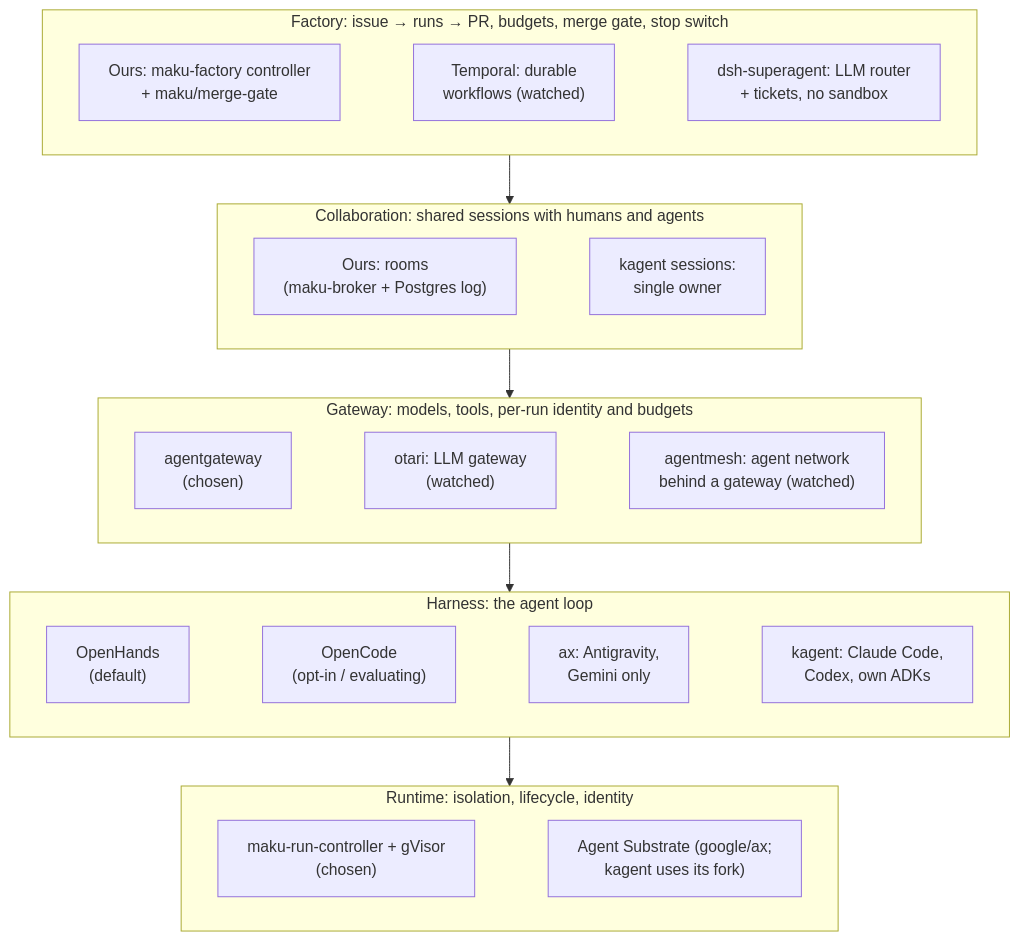
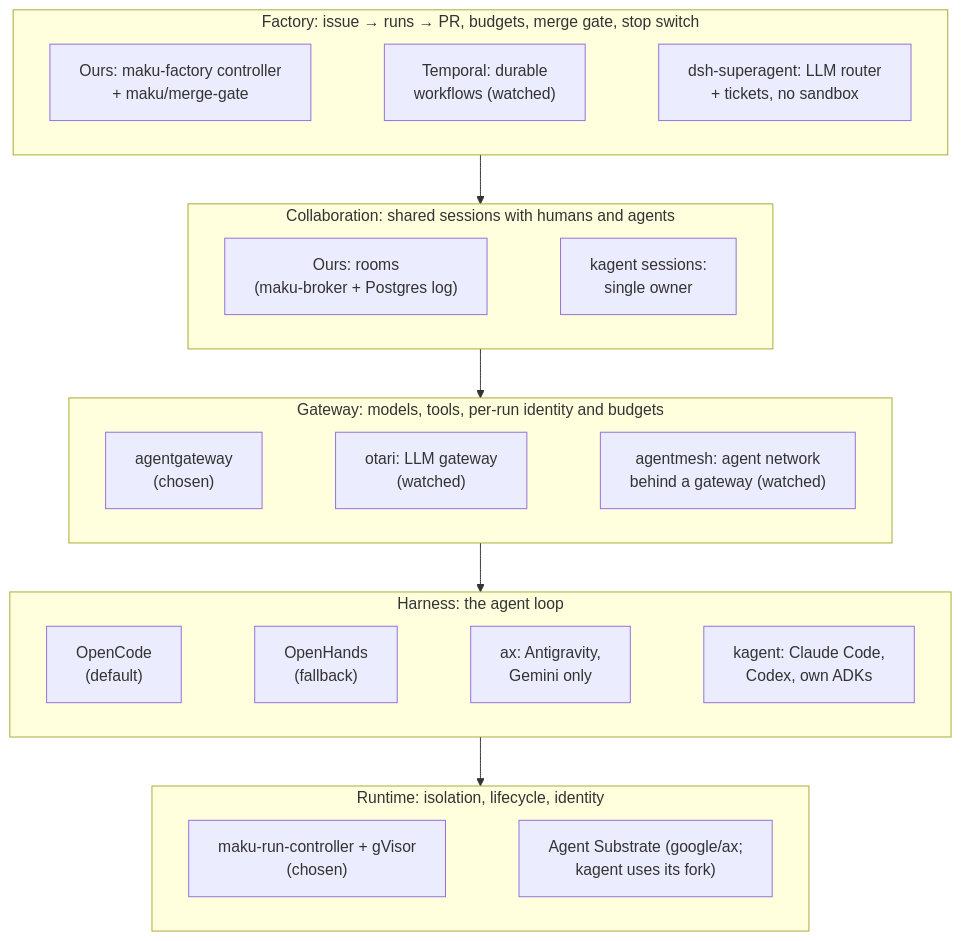
One commit to Smana/maku changed the diagram in website/content/docs/concepts/alternatives.md. Above: the diagram before and after it, drawn with Mermaid. The commit also changed other lines of this file and 9 other files, not shown here.

Commit message:
docs(website): sync ai-native-ref #658 updates (OpenCode default, Gemini, sidecars, egress window)

````diff
--- a/website/content/docs/concepts/alternatives.md
+++ b/website/content/docs/concepts/alternatives.md
@@ -33,25 +33,25 @@
 ```mermaid
 %%{init: {"flowchart": {"wrappingWidth": 400}}}%%
 flowchart TB
   subgraph L5["Factory: issue → runs → PR, budgets, merge gate, stop switch"]
     direction LR
     F5["Ours: maku-factory controller<br/>+ maku/merge-gate"] ~~~ T5["Temporal: durable<br/>workflows (watched)"] ~~~ D5["dsh-superagent: LLM router<br/>+ tickets, no sandbox"]
   end
   subgraph L4["Collaboration: shared sessions with humans and agents"]
     direction LR
     F4["Ours: rooms<br/>(maku-broker + Postgres log)"] ~~~ K4["kagent sessions:<br/>single owner"]
   end
   subgraph L3["Gateway: models, tools, per-run identity and budgets"]
     direction LR
     F3["agentgateway<br/>(chosen)"] ~~~ O3["otari: LLM gateway<br/>(watched)"] ~~~ M3["agentmesh: agent network<br/>behind a gateway (watched)"]
   end
   subgraph L2["Harness: the agent loop"]
     direction LR
-    F2["OpenHands<br/>(default)"] ~~~ O2C["OpenCode<br/>(opt-in / evaluating)"] ~~~ A2["ax: Antigravity,<br/>Gemini only"] ~~~ K2["kagent: Claude Code,<br/>Codex, own ADKs"]
+    F2["OpenCode<br/>(default)"] ~~~ O2C["OpenHands<br/>(fallback)"] ~~~ A2["ax: Antigravity,<br/>Gemini only"] ~~~ K2["kagent: Claude Code,<br/>Codex, own ADKs"]
   end
   subgraph L1["Runtime: isolation, lifecycle, identity"]
     direction LR
     F1["maku-run-controller + gVisor<br/>(chosen)"] ~~~ S1["Agent Substrate (google/ax;<br/>kagent uses its fork)"]
   end
   L5 --> L4 --> L3 --> L2 --> L1
 ```
````
